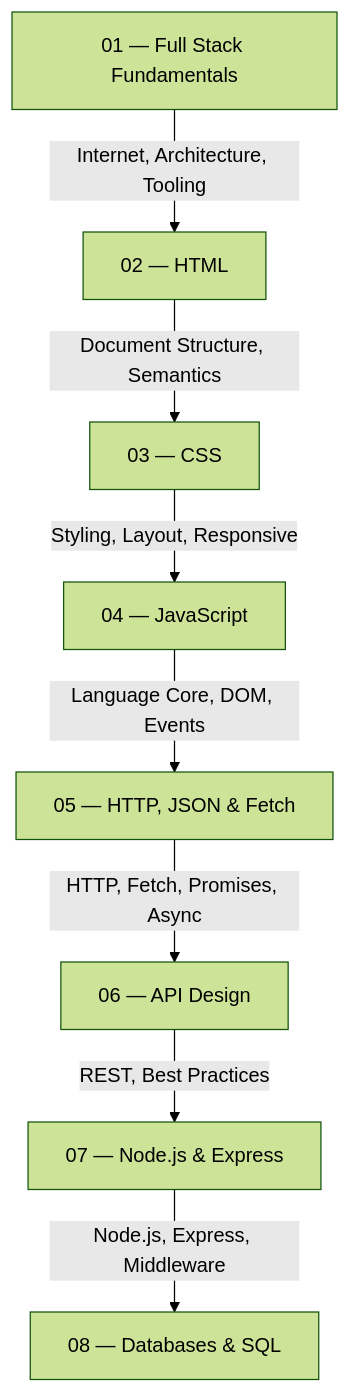
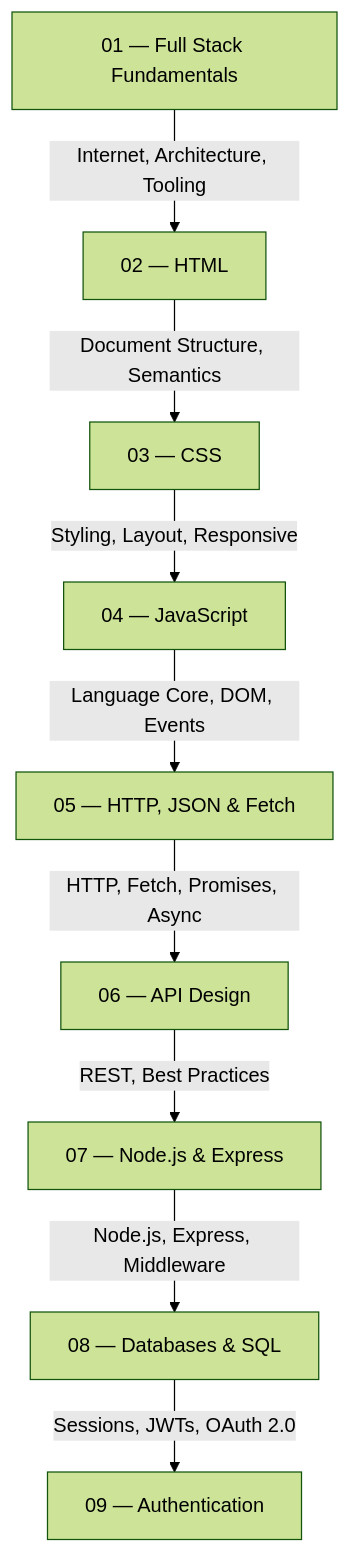
The diagram in README.md (Enggvault/Full-stack), drawn with Mermaid (forest theme) before and after one commit. The commit also changed other lines of this file and 3 other files, not shown here.

````diff
--- a/README.md
+++ b/README.md
@@ -48,19 +48,21 @@
 ```mermaid
 graph TD
     A["01 — Full Stack Fundamentals"]
     B["02 — HTML"]
     C["03 — CSS"]
     D["04 — JavaScript"]
     E["05 — HTTP, JSON & Fetch"]
     F["06 — API Design"]
     G["07 — Node.js & Express"]
     H["08 — Databases & SQL"]
+    I["09 — Authentication"]
 
     A -->|"Internet, Architecture, Tooling"| B
     B -->|"Document Structure, Semantics"| C
     C -->|"Styling, Layout, Responsive"| D
     D -->|"Language Core, DOM, Events"| E
     E -->|"HTTP, Fetch, Promises, Async"| F
     F -->|"REST, Best Practices"| G
     G -->|"Node.js, Express, Middleware"| H
+    H -->|"Sessions, JWTs, OAuth 2.0"| I
 ```
````
